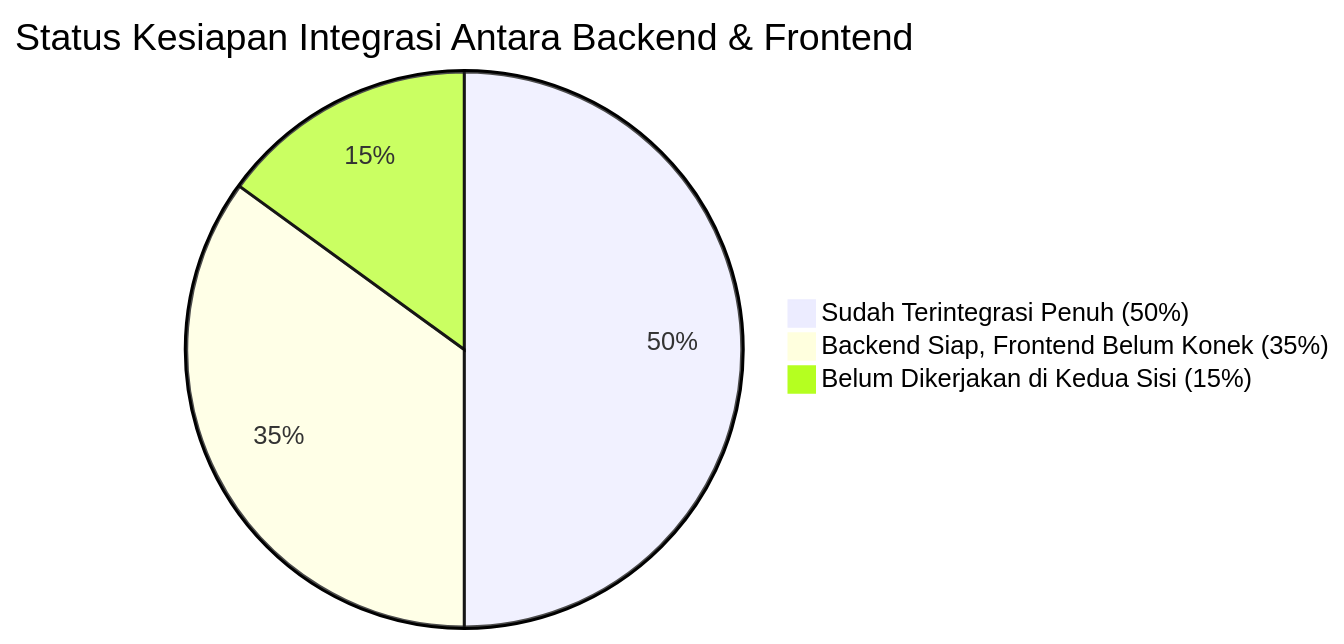
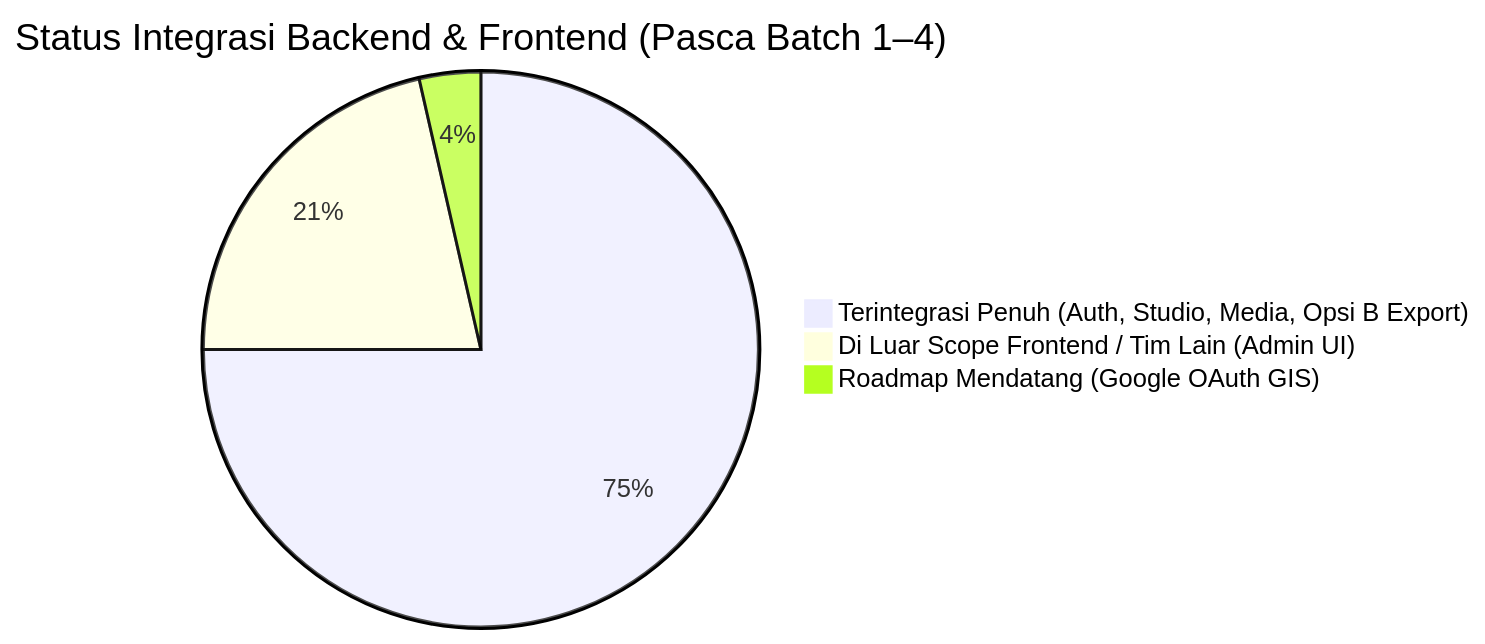
The diagram in docs/INTEGRASI_BACKEND_FRONTEND.md (indraagstin025/Backend-H5P-Generator), drawn with Mermaid before and after one commit. The commit also changed other lines of this file and 1 other file, not shown here.

Commit message:
docs(integration): update integration matrix and sync optional media asset field in h5pModel

````diff
--- a/docs/INTEGRASI_BACKEND_FRONTEND.md
+++ b/docs/INTEGRASI_BACKEND_FRONTEND.md
@@ -75,6 +75,6 @@
 ```mermaid
-pie title Status Kesiapan Integrasi Antara Backend & Frontend
-    "Sudah Terintegrasi Penuh (50%)" : 10
-    "Backend Siap, Frontend Belum Konek (35%)" : 7
-    "Belum Dikerjakan di Kedua Sisi (15%)" : 3
+pie title Status Integrasi Backend & Frontend (Pasca Batch 1–4)
+    "Terintegrasi Penuh (Auth, Studio, Media, Opsi B Export)" : 21
+    "Di Luar Scope Frontend / Tim Lain (Admin UI)" : 6
+    "Roadmap Mendatang (Google OAuth GIS)" : 1
 ```
````
